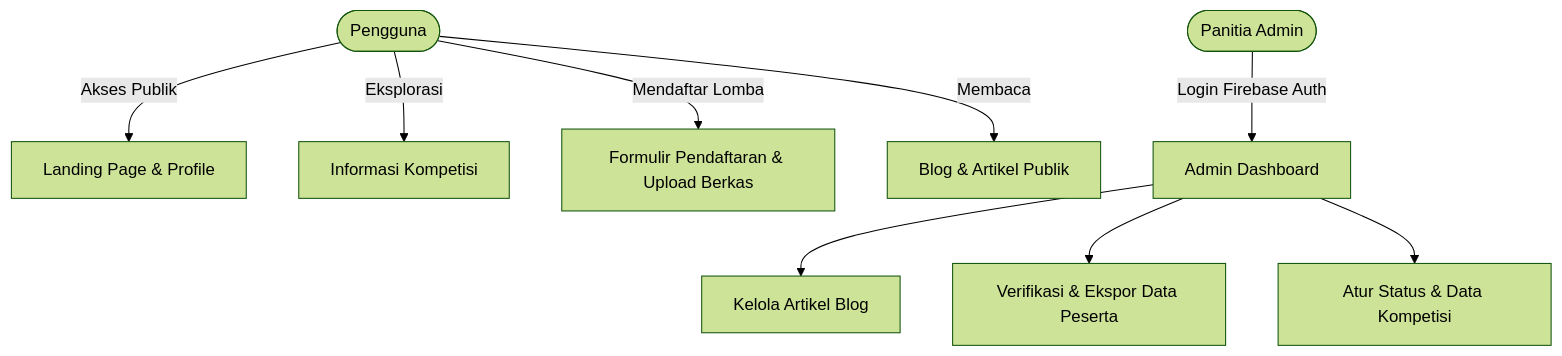
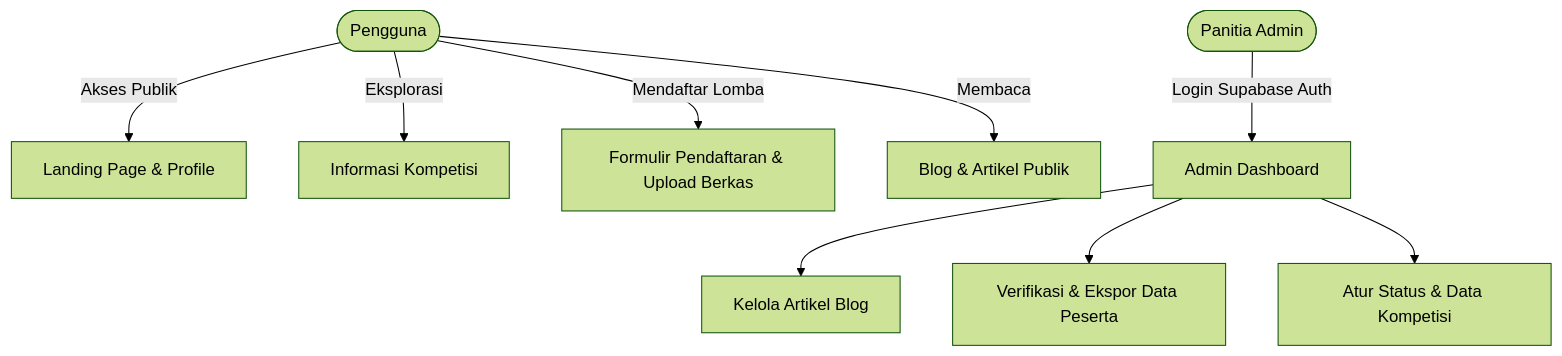
One commit to RizqiAndri07/kemas-2025 changed the diagram in docs/projects/overview.md. Above: the diagram before and after it, drawn with Mermaid (forest theme). The commit also changed other lines of this file and 192 other files, not shown here.

````diff
--- a/docs/projects/overview.md
+++ b/docs/projects/overview.md
@@ -36,12 +36,12 @@
 ```mermaid
 graph TD
     User([Pengguna]) -->|Akses Publik| Landing[Landing Page & Profile]
     User -->|Eksplorasi| Competitions[Informasi Kompetisi]
     User -->|Mendaftar Lomba| RegForm[Formulir Pendaftaran & Upload Berkas]
     User -->|Membaca| BlogPublic[Blog & Artikel Publik]
 
-    Admin([Panitia Admin]) -->|Login Firebase Auth| Dashboard[Admin Dashboard]
+    Admin([Panitia Admin]) -->|Login Supabase Auth| Dashboard[Admin Dashboard]
     Dashboard --> CMSBlog[Kelola Artikel Blog]
     Dashboard --> ManageReg[Verifikasi & Ekspor Data Peserta]
     Dashboard --> ManageComp[Atur Status & Data Kompetisi]
 ```
````
